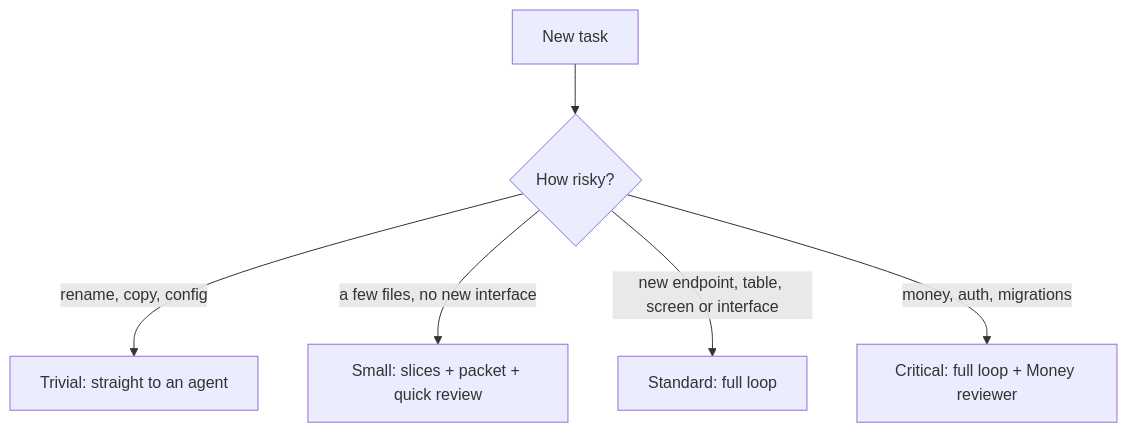
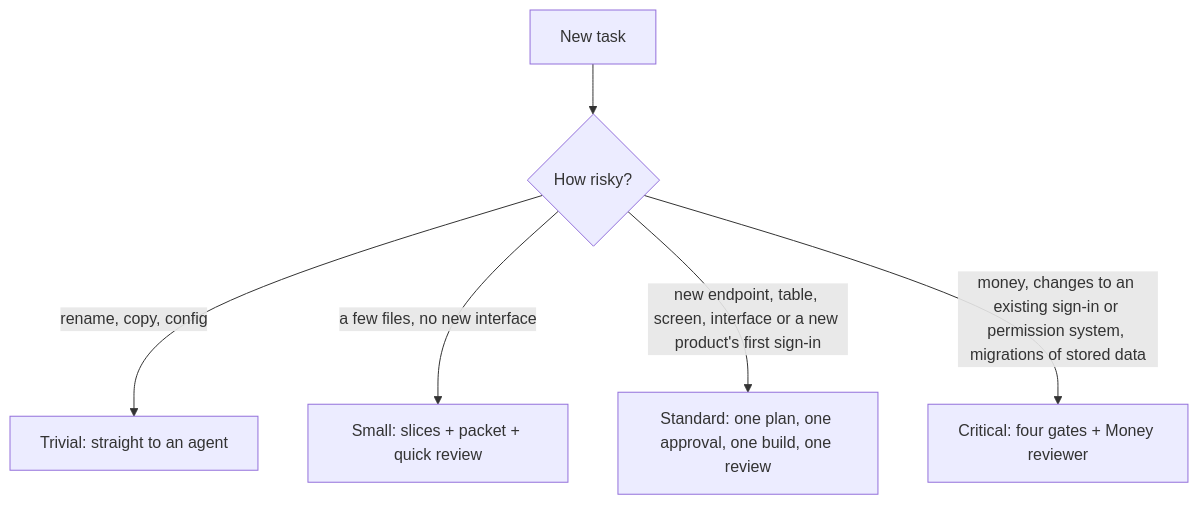
Before and after one commit to dogebonker/plumb: the second of 3 diagrams in README.md, drawn with Mermaid. The commit also changed other lines of this file and 20 other files, not shown here.

````diff
--- a/README.md
+++ b/README.md
@@ -88,8 +89,8 @@
 ```mermaid
 flowchart TD
   T[New task] --> Q{How risky?}
   Q -->|rename, copy, config| A[Trivial: straight to an agent]
   Q -->|a few files, no new interface| B[Small: slices + packet + quick review]
-  Q -->|new endpoint, table, screen or interface| C[Standard: full loop]
-  Q -->|money, auth, migrations| D[Critical: full loop + Money reviewer]
+  Q -->|new endpoint, table, screen, interface or a new product's first sign-in| C[Standard: one plan, one approval, one build, one review]
+  Q -->|money, changes to an existing sign-in or permission system, migrations of stored data| D[Critical: four gates + Money reviewer]
 ```
````
